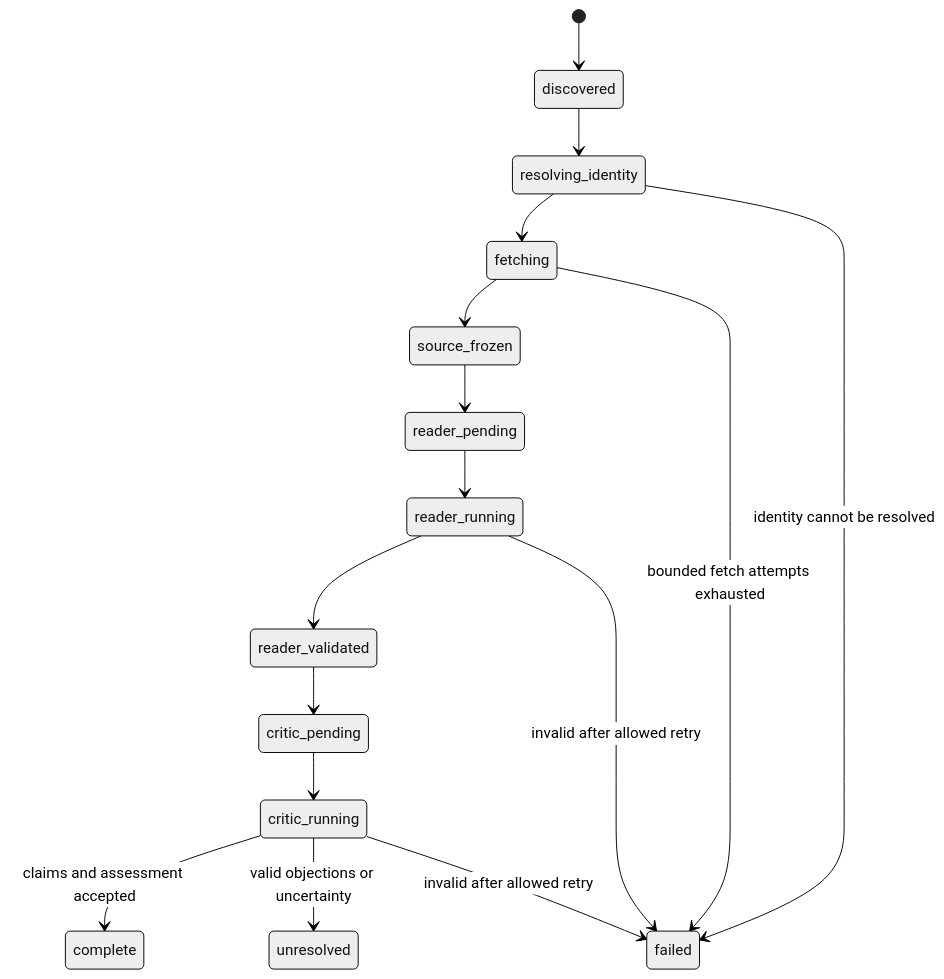
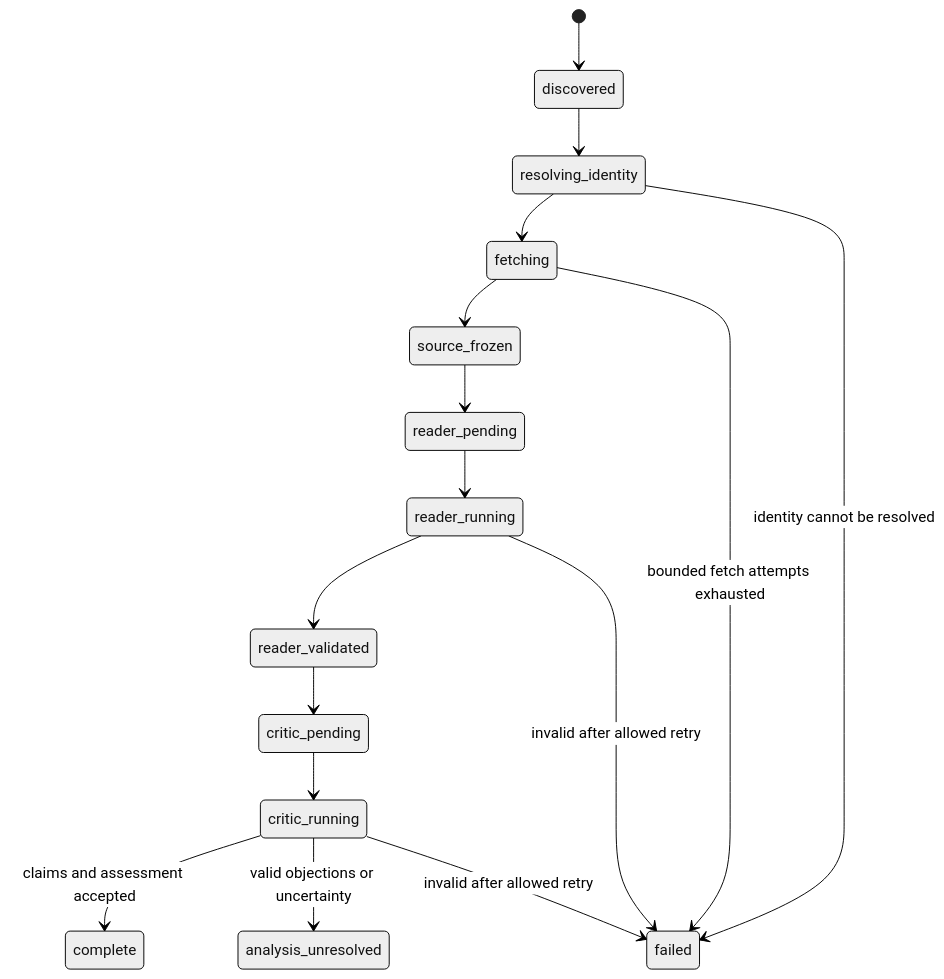
The fourth of 9 diagrams in docs/specs/01-core-investigation-platform.md (seiers24/arxiv-triage), drawn with Mermaid (neutral theme) before and after one commit. The commit also changed other lines of this file and 32 other files, not shown here.

````diff
--- a/docs/specs/01-core-investigation-platform.md
+++ b/docs/specs/01-core-investigation-platform.md
@@ -184,18 +193,18 @@
 ```mermaid
 stateDiagram-v2
     [*] --> discovered
     discovered --> resolving_identity
     resolving_identity --> fetching
     resolving_identity --> failed: identity cannot be resolved
     fetching --> source_frozen
     fetching --> failed: bounded fetch attempts exhausted
     source_frozen --> reader_pending
     reader_pending --> reader_running
     reader_running --> reader_validated
     reader_running --> failed: invalid after allowed retry
     reader_validated --> critic_pending
     critic_pending --> critic_running
     critic_running --> complete: claims and assessment accepted
-    critic_running --> unresolved: valid objections or uncertainty
+    critic_running --> analysis_unresolved: valid objections or uncertainty
     critic_running --> failed: invalid after allowed retry
 ```
````
